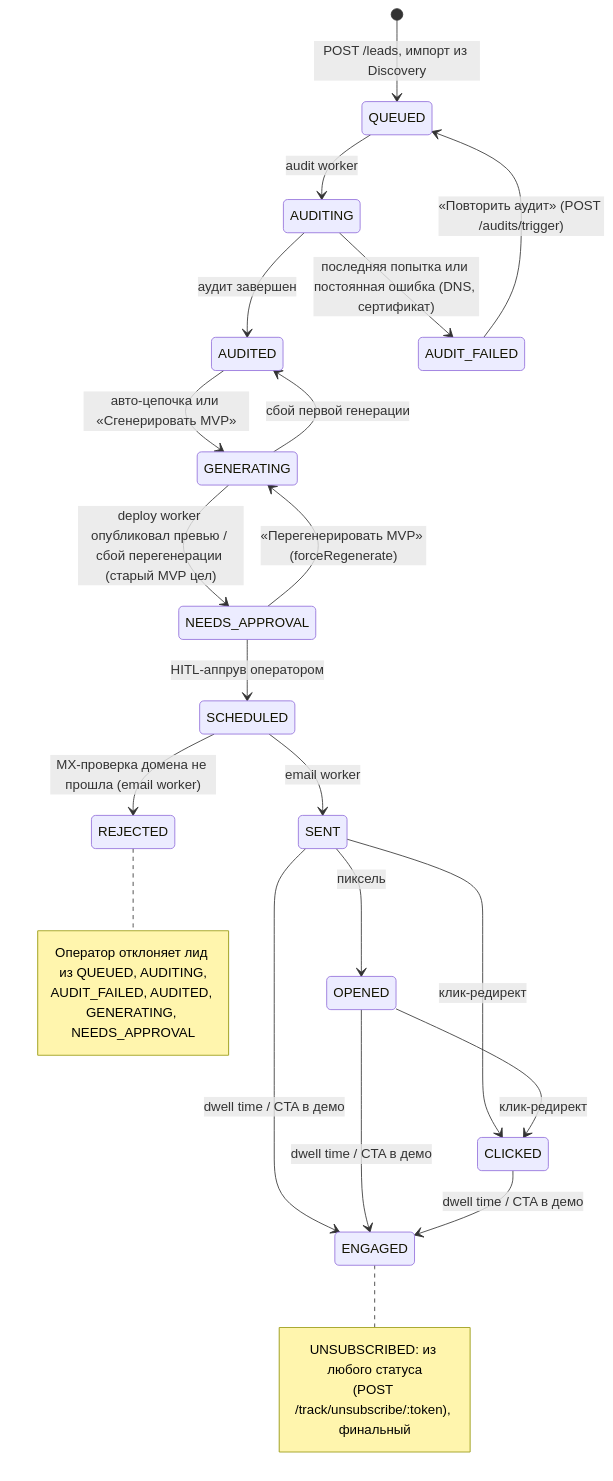
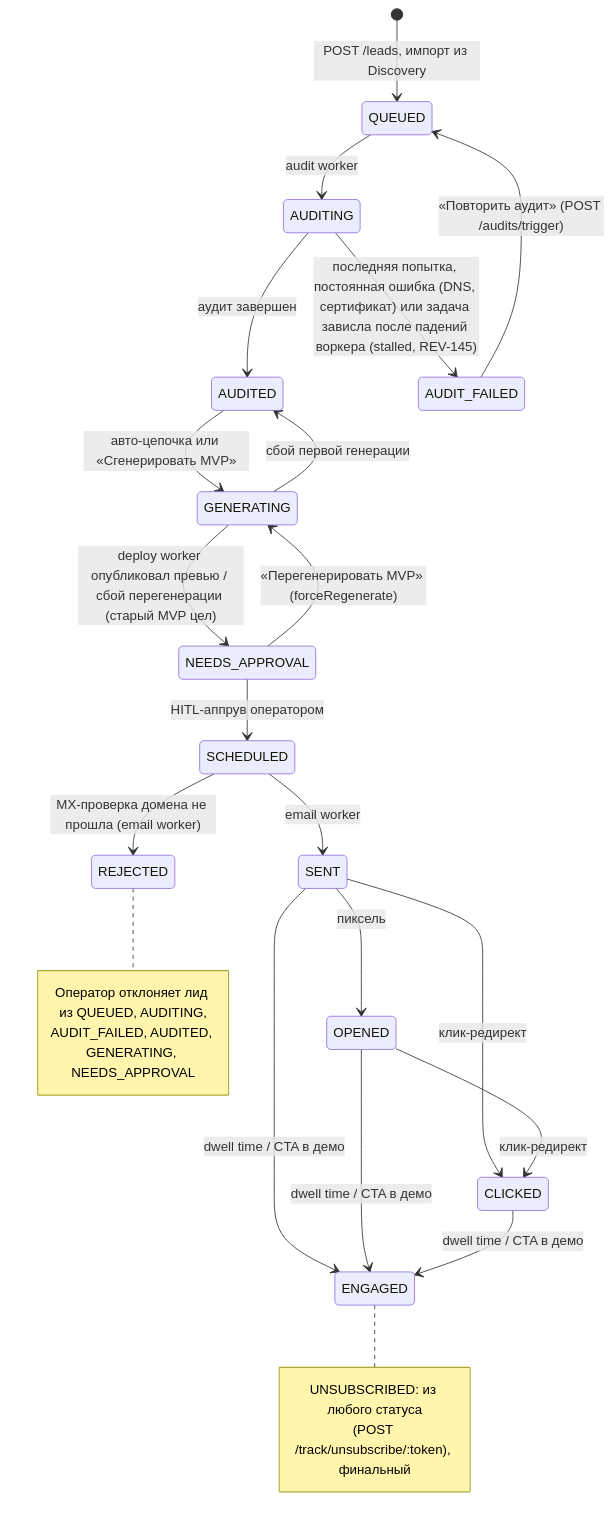
One commit to yurykurouski/revamp-docs changed the eighth of 10 diagrams in blueprint.md. Above: the diagram before and after it, drawn with Mermaid.

Commit message:
docs(REV-145): stalled audit jobs move the lead to AUDIT_FAILED

````diff
--- a/blueprint.md
+++ b/blueprint.md
@@ -588,29 +588,29 @@
 ```mermaid
 stateDiagram-v2
     [*] --> QUEUED: POST /leads, импорт из Discovery
     QUEUED --> AUDITING: audit worker
     AUDITING --> AUDITED: аудит завершен
-    AUDITING --> AUDIT_FAILED: последняя попытка или постоянная ошибка (DNS, сертификат)
+    AUDITING --> AUDIT_FAILED: последняя попытка, постоянная ошибка (DNS, сертификат) или задача зависла после падений воркера (stalled, REV-145)
     AUDIT_FAILED --> QUEUED: «Повторить аудит» (POST /audits/trigger)
     AUDITED --> GENERATING: авто-цепочка или «Сгенерировать MVP»
     GENERATING --> NEEDS_APPROVAL: deploy worker опубликовал превью / сбой перегенерации (старый MVP цел)
     GENERATING --> AUDITED: сбой первой генерации
     NEEDS_APPROVAL --> GENERATING: «Перегенерировать MVP» (forceRegenerate)
     NEEDS_APPROVAL --> SCHEDULED: HITL-аппрув оператором
     SCHEDULED --> SENT: email worker
     SCHEDULED --> REJECTED: MX-проверка домена не прошла (email worker)
     SENT --> OPENED: пиксель
     SENT --> CLICKED: клик-редирект
     SENT --> ENGAGED: dwell time / CTA в демо
     OPENED --> CLICKED: клик-редирект
     OPENED --> ENGAGED: dwell time / CTA в демо
     CLICKED --> ENGAGED: dwell time / CTA в демо
     note right of REJECTED
         Оператор отклоняет лид из QUEUED, AUDITING,
         AUDIT_FAILED, AUDITED, GENERATING, NEEDS_APPROVAL
     end note
     note right of ENGAGED
         UNSUBSCRIBED: из любого статуса
         (POST /track/unsubscribe/:token), финальный
     end note
 ```
````
